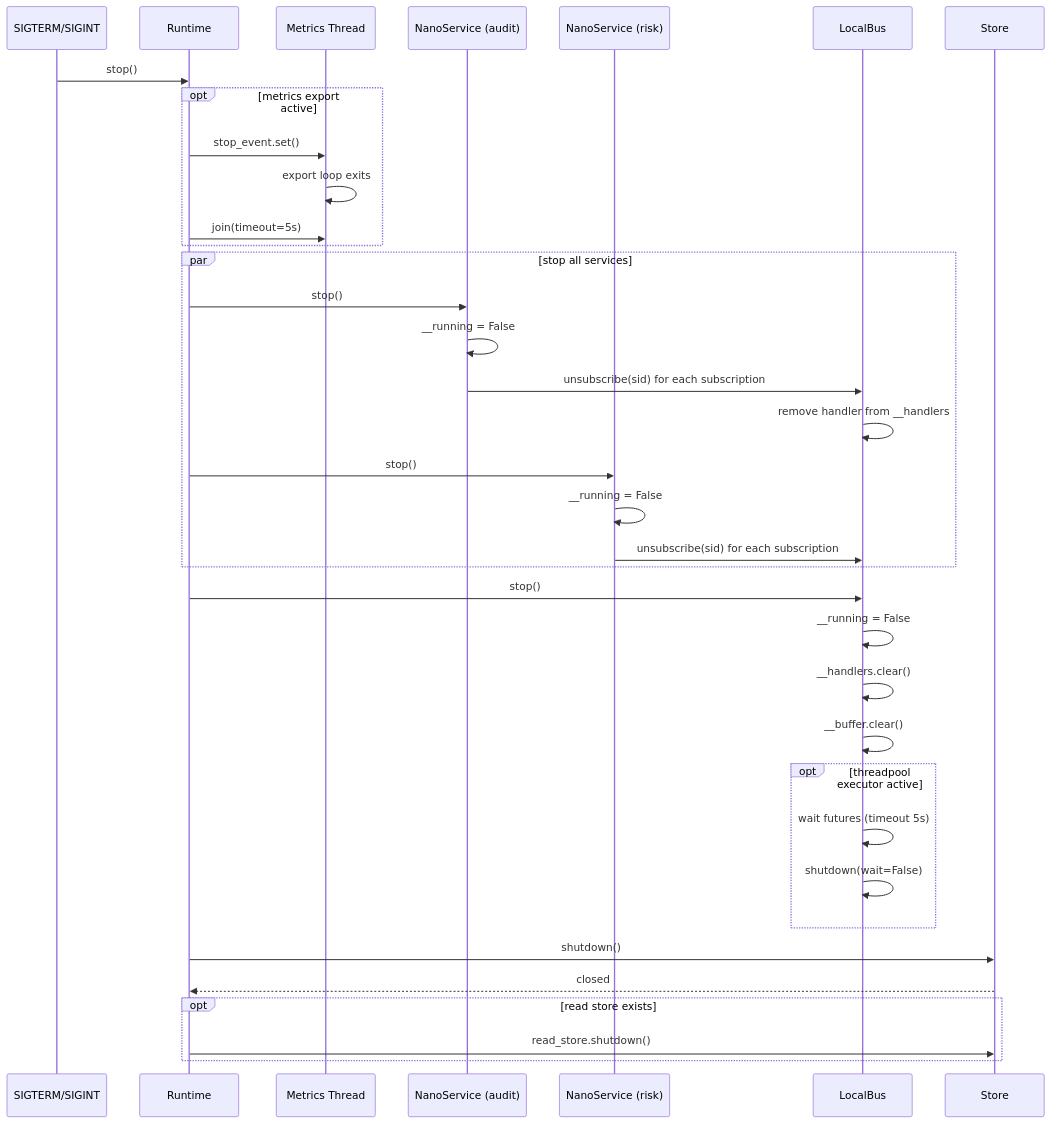
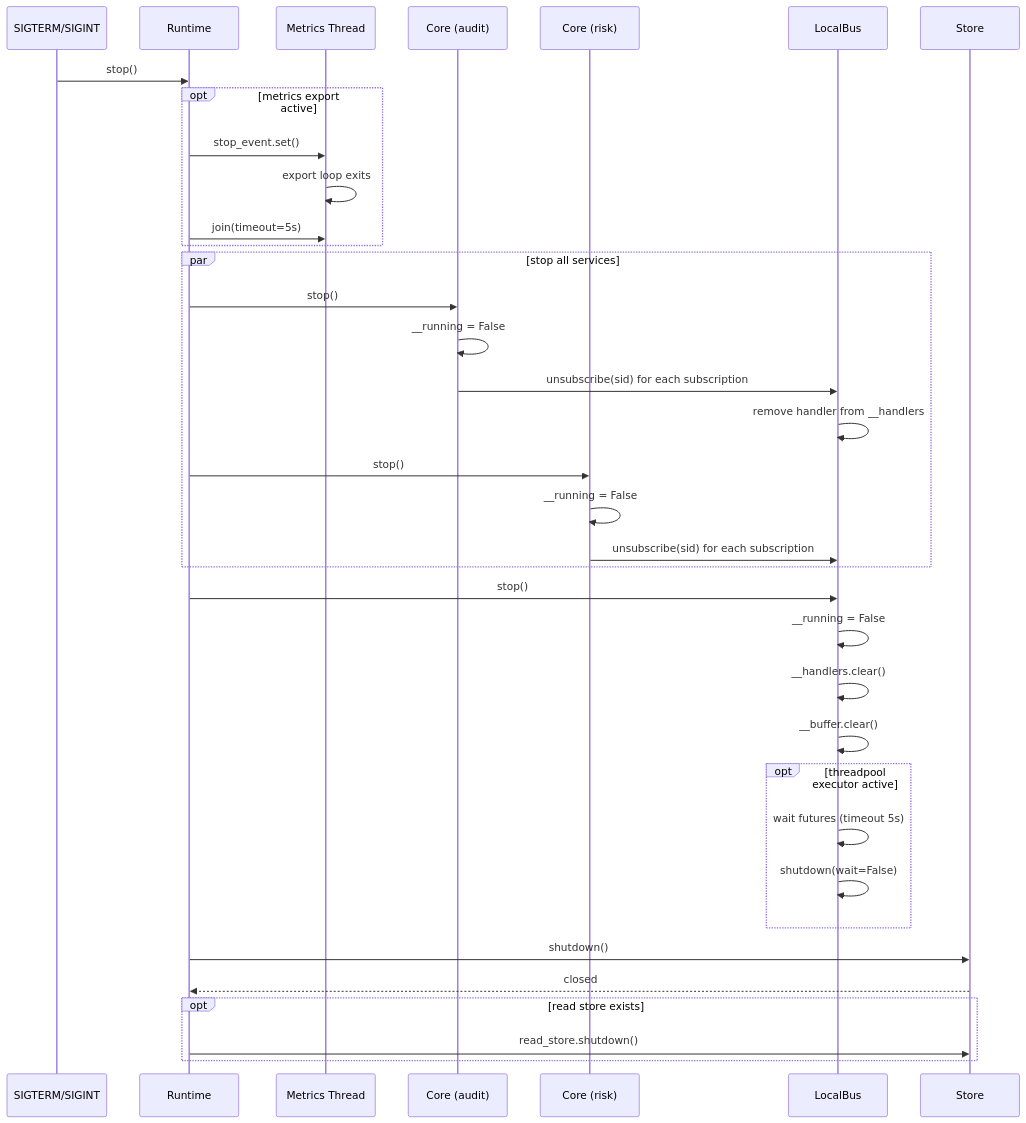
Before and after one commit to sachn-cs/unsecured-lending-underwriting: the sixth of 7 diagrams in docs/SYSTEM_DESIGN.md, drawn with Mermaid. The commit also changed other lines of this file, not shown here.

````diff
--- a/docs/SYSTEM_DESIGN.md
+++ b/docs/SYSTEM_DESIGN.md
@@ -519,46 +519,46 @@
 ```mermaid
 sequenceDiagram
     participant Signal as SIGTERM/SIGINT
     participant RT as Runtime
     participant MThread as Metrics Thread
-    participant Svc1 as NanoService (audit)
-    participant Svc2 as NanoService (risk)
+    participant Svc1 as Core (audit)
+    participant Svc2 as Core (risk)
     participant Bus as LocalBus
     participant Store as Store
 
     Signal->>RT: stop()
 
     opt metrics export active
         RT->>MThread: stop_event.set()
         MThread->>MThread: export loop exits
         RT->>MThread: join(timeout=5s)
     end
 
     par stop all services
         RT->>Svc1: stop()
         Svc1->>Svc1: __running = False
         Svc1->>Bus: unsubscribe(sid) for each subscription
         Bus->>Bus: remove handler from __handlers
 
         RT->>Svc2: stop()
         Svc2->>Svc2: __running = False
         Svc2->>Bus: unsubscribe(sid) for each subscription
     end
 
     RT->>Bus: stop()
     Bus->>Bus: __running = False
     Bus->>Bus: __handlers.clear()
     Bus->>Bus: __buffer.clear()
 
     opt threadpool executor active
         Bus->>Bus: wait futures (timeout 5s)
         Bus->>Bus: shutdown(wait=False)
     end
 
     RT->>Store: shutdown()
     Store-->>RT: closed
 
     opt read store exists
         RT->>Store: read_store.shutdown()
     end
 ```
````
